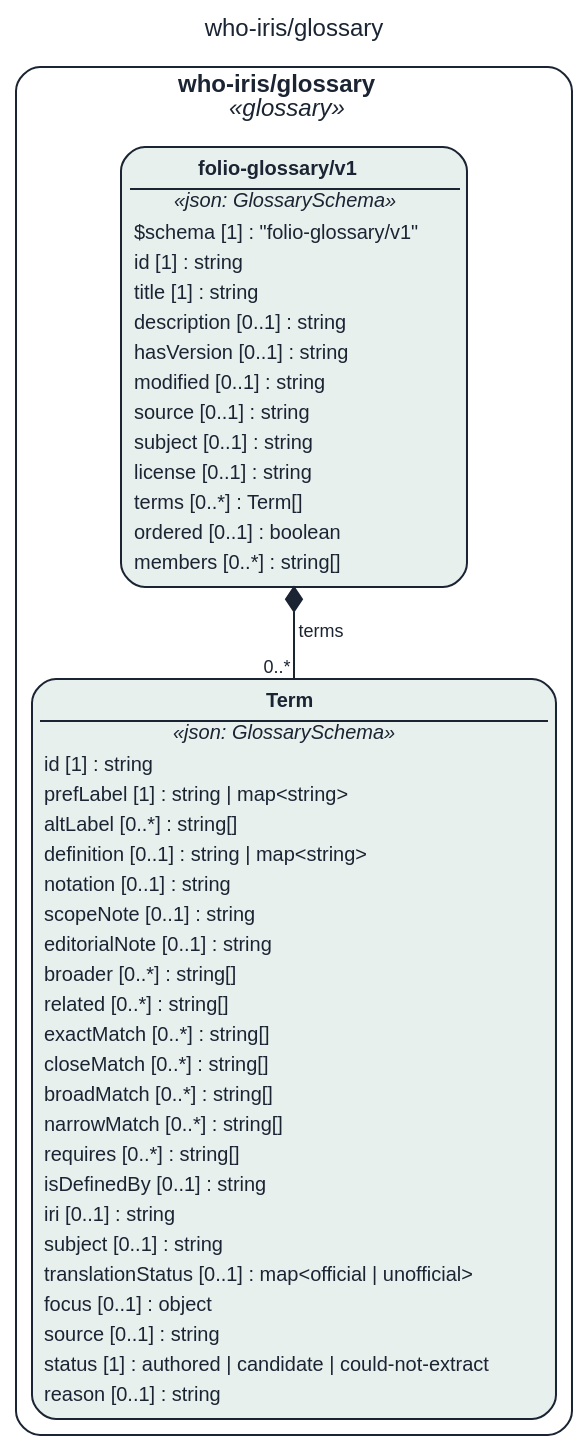
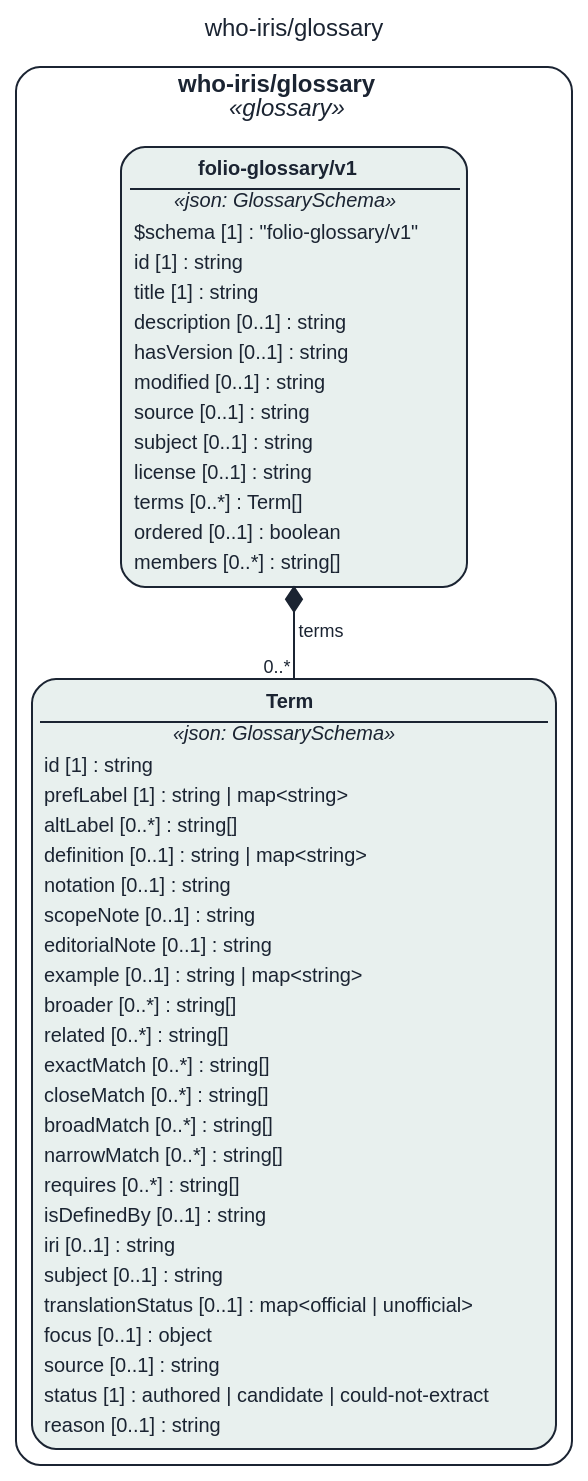
One commit to litlfred/folio-assistant changed the diagram in assets/img/uml/overview/who-iris/glossary.dot. Above: the diagram before and after it, drawn with Graphviz. The commit also changed 43825 other files, not shown here.

```diff
--- a/assets/img/uml/overview/who-iris/glossary.dot
+++ b/assets/img/uml/overview/who-iris/glossary.dot
@@ -1,13 +1,13 @@
 // GENERATED by cat-harness-tools/scripts/gen-uml-overview.ts — do not edit.
 // Rendered page (interactive view, same model): https://litlfred.github.io/folio-assistant/uml/overview/who-iris/glossary.html
 digraph "who_iris_glossary" {
   graph [label="who-iris/glossary", labelloc=t, fontname="Helvetica", fontsize=12, fontcolor="#1b2432", newrank=true, ratio=auto, nodesep=0.3, ranksep=0.5, bgcolor="transparent"];
   node [shape=box, style="rounded,filled", margin=0.05, fontname="Helvetica", fontsize=10, color="#1b2432", fontcolor="#1b2432"];
   edge [color="#1b2432", fontcolor="#1b2432", fontname="Helvetica", fontsize=9];
   subgraph "cluster_pkg_who_iris_glossary" {
     label=<<b>who-iris/glossary</b><br/><i>«glossary»</i>>; style="rounded"; color="#1b2432"; class="fa_uml_subgraph";
-    "who_iris_glossary_folio_glossary_v1_Term" [fillcolor="#e8f0ee", class="fa_uml_kind_glossary", label=<<table border="0" cellborder="0" cellspacing="0" cellpadding="2"><tr><td border="1" sides="b"><b>Term</b></td></tr><tr><td><i>«json: GlossarySchema»</i></td></tr><tr><td align="left">id [1] : string</td></tr><tr><td align="left">prefLabel [1] : string | map&lt;string&gt;</td></tr><tr><td align="left">altLabel [0..*] : string[]</td></tr><tr><td align="left">definition [0..1] : string | map&lt;string&gt;</td></tr><tr><td align="left">notation [0..1] : string</td></tr><tr><td align="left">scopeNote [0..1] : string</td></tr><tr><td align="left">editorialNote [0..1] : string</td></tr><tr><td align="left">broader [0..*] : string[]</td></tr><tr><td align="left">related [0..*] : string[]</td></tr><tr><td align="left">exactMatch [0..*] : string[]</td></tr><tr><td align="left">closeMatch [0..*] : string[]</td></tr><tr><td align="left">broadMatch [0..*] : string[]</td></tr><tr><td align="left">narrowMatch [0..*] : string[]</td></tr><tr><td align="left">requires [0..*] : string[]</td></tr><tr><td align="left">isDefinedBy [0..1] : string</td></tr><tr><td align="left">iri [0..1] : string</td></tr><tr><td align="left">subject [0..1] : string</td></tr><tr><td align="left">translationStatus [0..1] : map&lt;official | unofficial&gt;</td></tr><tr><td align="left">focus [0..1] : object</td></tr><tr><td align="left">source [0..1] : string</td></tr><tr><td align="left">status [1] : authored | candidate | could-not-extract</td></tr><tr><td align="left">reason [0..1] : string</td></tr></table>>];
+    "who_iris_glossary_folio_glossary_v1_Term" [fillcolor="#e8f0ee", class="fa_uml_kind_glossary", label=<<table border="0" cellborder="0" cellspacing="0" cellpadding="2"><tr><td border="1" sides="b"><b>Term</b></td></tr><tr><td><i>«json: GlossarySchema»</i></td></tr><tr><td align="left">id [1] : string</td></tr><tr><td align="left">prefLabel [1] : string | map&lt;string&gt;</td></tr><tr><td align="left">altLabel [0..*] : string[]</td></tr><tr><td align="left">definition [0..1] : string | map&lt;string&gt;</td></tr><tr><td align="left">notation [0..1] : string</td></tr><tr><td align="left">scopeNote [0..1] : string</td></tr><tr><td align="left">editorialNote [0..1] : string</td></tr><tr><td align="left">example [0..1] : string | map&lt;string&gt;</td></tr><tr><td align="left">broader [0..*] : string[]</td></tr><tr><td align="left">related [0..*] : string[]</td></tr><tr><td align="left">exactMatch [0..*] : string[]</td></tr><tr><td align="left">closeMatch [0..*] : string[]</td></tr><tr><td align="left">broadMatch [0..*] : string[]</td></tr><tr><td align="left">narrowMatch [0..*] : string[]</td></tr><tr><td align="left">requires [0..*] : string[]</td></tr><tr><td align="left">isDefinedBy [0..1] : string</td></tr><tr><td align="left">iri [0..1] : string</td></tr><tr><td align="left">subject [0..1] : string</td></tr><tr><td align="left">translationStatus [0..1] : map&lt;official | unofficial&gt;</td></tr><tr><td align="left">focus [0..1] : object</td></tr><tr><td align="left">source [0..1] : string</td></tr><tr><td align="left">status [1] : authored | candidate | could-not-extract</td></tr><tr><td align="left">reason [0..1] : string</td></tr></table>>];
     "who_iris_glossary_folio_glossary_v1_folio_glossary_v1" [fillcolor="#e8f0ee", class="fa_uml_kind_glossary", label=<<table border="0" cellborder="0" cellspacing="0" cellpadding="2"><tr><td border="1" sides="b"><b>folio-glossary/v1</b></td></tr><tr><td><i>«json: GlossarySchema»</i></td></tr><tr><td align="left">$schema [1] : &quot;folio-glossary/v1&quot;</td></tr><tr><td align="left">id [1] : string</td></tr><tr><td align="left">title [1] : string</td></tr><tr><td align="left">description [0..1] : string</td></tr><tr><td align="left">hasVersion [0..1] : string</td></tr><tr><td align="left">modified [0..1] : string</td></tr><tr><td align="left">source [0..1] : string</td></tr><tr><td align="left">subject [0..1] : string</td></tr><tr><td align="left">license [0..1] : string</td></tr><tr><td align="left">terms [0..*] : Term[]</td></tr><tr><td align="left">ordered [0..1] : boolean</td></tr><tr><td align="left">members [0..*] : string[]</td></tr></table>>];
   }
   "who_iris_glossary_folio_glossary_v1_folio_glossary_v1" -> "who_iris_glossary_folio_glossary_v1_Term" [dir=both, arrowtail=diamond, arrowhead=none, label="terms", headlabel="0..*", class="fa_uml_composition"];
 }
```
